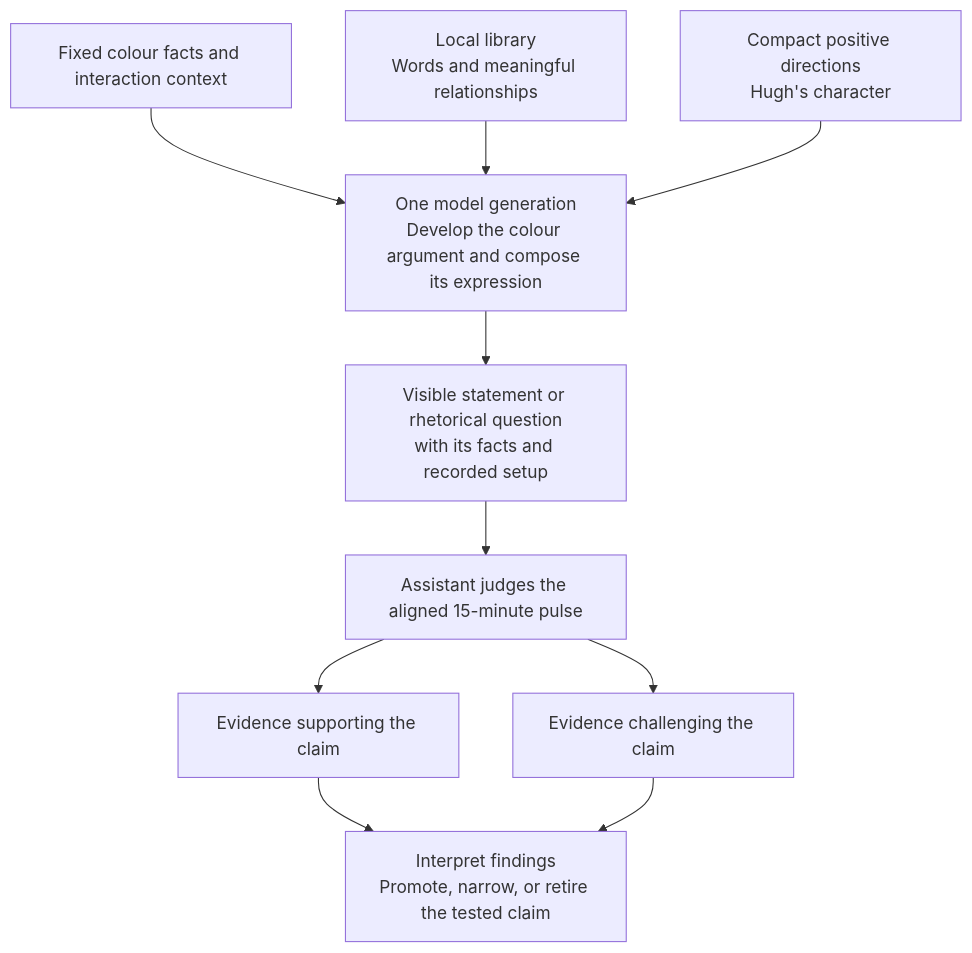
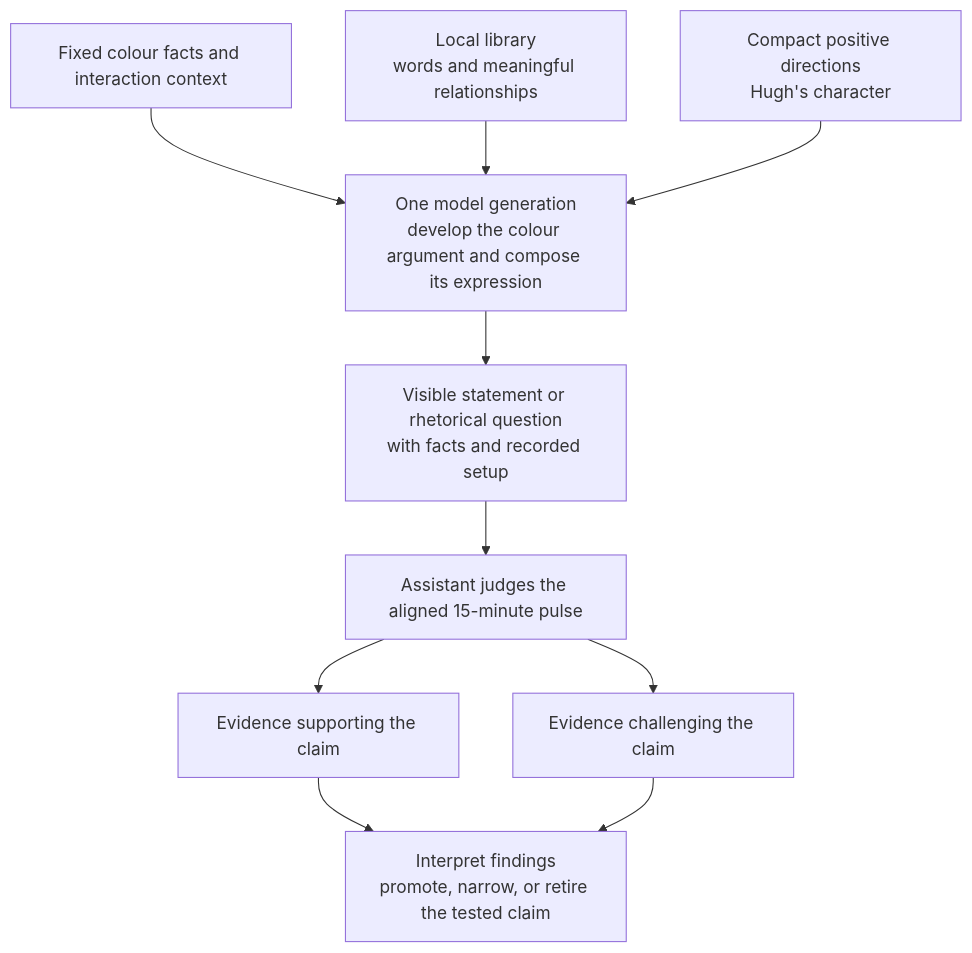
Before and after one commit to tryskian/huemiliator: the diagram in docs/research/450_LOCAL_LANGUAGE.md, drawn with Mermaid. The commit also changed other lines of this file and 11 other files, not shown here.

````diff
--- a/docs/research/450_LOCAL_LANGUAGE.md
+++ b/docs/research/450_LOCAL_LANGUAGE.md
@@ -90,12 +59,12 @@
 ```mermaid
 flowchart TD
   F["Fixed colour facts and interaction context"] --> M
-  L["Local library<br/>Words and meaningful relationships"] --> M
+  L["Local library<br/>words and meaningful relationships"] --> M
   P["Compact positive directions<br/>Hugh's character"] --> M
-  M["One model generation<br/>Develop the colour argument and compose its expression"] --> O
-  O["Visible statement or rhetorical question<br/>with its facts and recorded setup"] --> E
+  M["One model generation<br/>develop the colour argument and compose its expression"] --> O
+  O["Visible statement or rhetorical question<br/>with facts and recorded setup"] --> E
   E["Assistant judges the aligned 15-minute pulse"] --> S["Evidence supporting the claim"]
   E --> B["Evidence challenging the claim"]
-  S --> N["Interpret findings<br/>Promote, narrow, or retire the tested claim"]
+  S --> N["Interpret findings<br/>promote, narrow, or retire the tested claim"]
   B --> N
 ```
````
